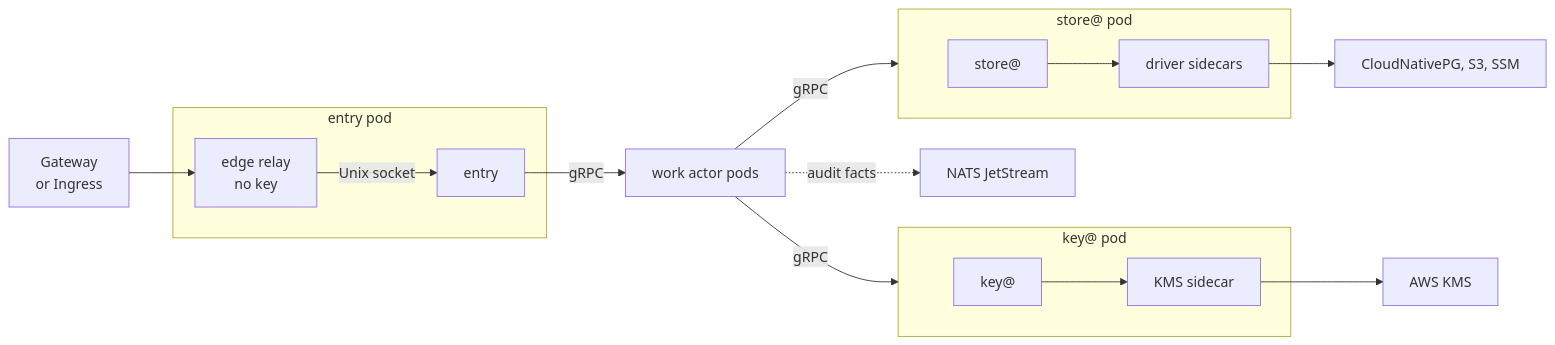
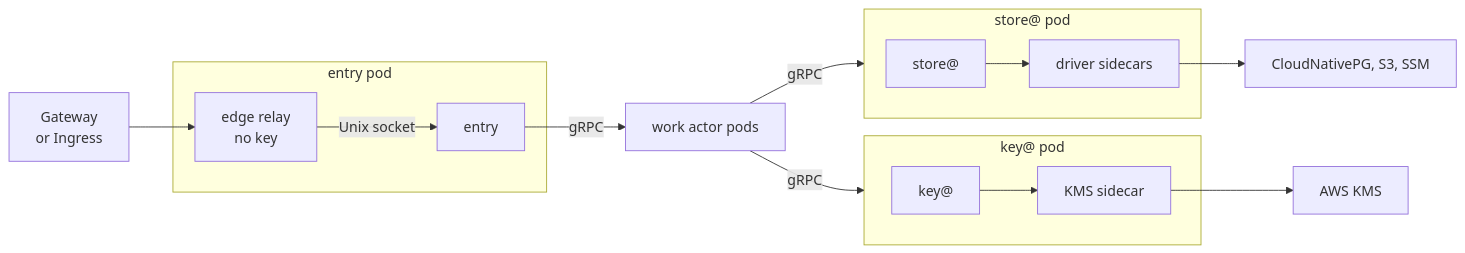
The diagram in docs/runtimes/kubernetes.md (truvity/sluis), drawn with Mermaid before and after one commit. The commit also changed other lines of this file and 154 other files, not shown here.

````diff
--- a/docs/runtimes/kubernetes.md
+++ b/docs/runtimes/kubernetes.md
@@ -17,19 +15,18 @@
 ```mermaid
 flowchart LR
   gw["Gateway<br/>or Ingress"] --> relay
   subgraph epod["entry pod"]
     relay["edge relay<br/>no key"] -- "Unix socket" --> entry["entry"]
   end
   entry -- "gRPC" --> work["work actor pods"]
   work -- "gRPC" --> spod
   work -- "gRPC" --> kpod
   subgraph spod["store@ pod"]
     store["store@"] --> sdrv["driver sidecars"]
   end
   subgraph kpod["key@ pod"]
     key["key@"] --> kdrv["KMS sidecar"]
   end
   sdrv --> aws["CloudNativePG, S3, SSM"]
   kdrv --> kms["AWS KMS"]
-  work -. "audit facts" .-> nats["NATS JetStream"]
 ```
````
